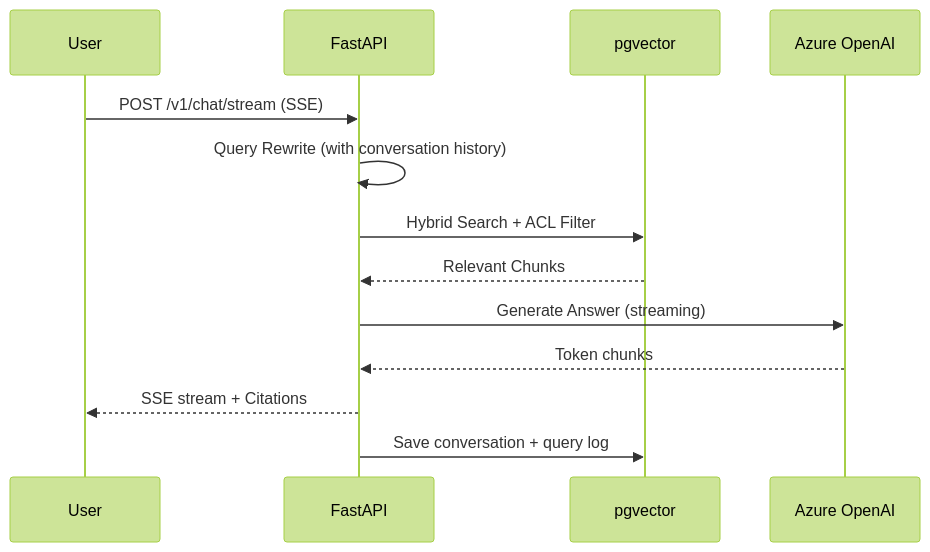
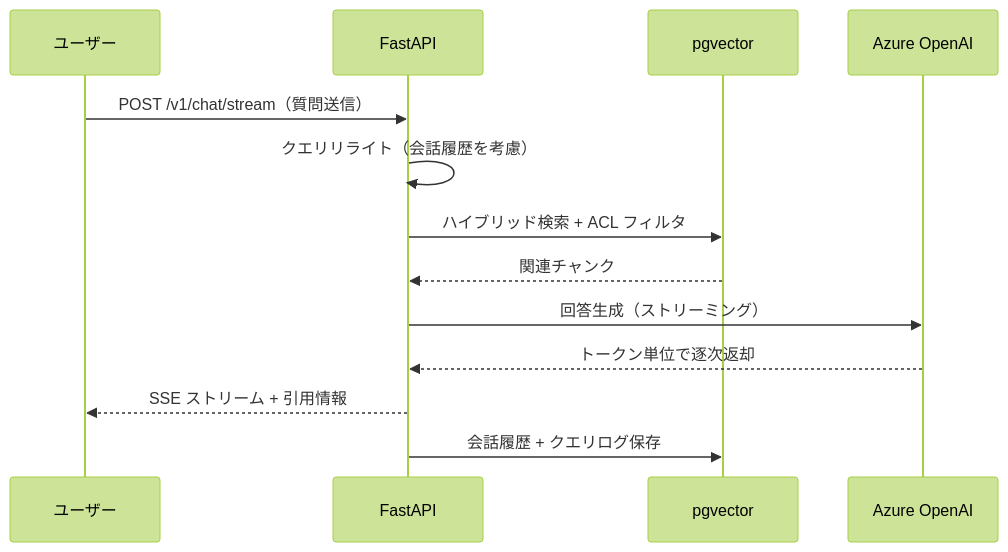
One commit to delight-ihara/sharepoint-rag-lite changed the second of 2 diagrams in README.md. Above: the diagram before and after it, drawn with Mermaid (forest theme). The commit also changed other lines of this file, not shown here.

````diff
--- a/README.md
+++ b/README.md
@@ -50,16 +94,16 @@
 ```mermaid
 sequenceDiagram
-    participant U as User
+    participant U as ユーザー
     participant A as FastAPI
     participant DB as pgvector
     participant LLM as Azure OpenAI
 
-    U->>A: POST /v1/chat/stream (SSE)
-    A->>A: Query Rewrite (with conversation history)
-    A->>DB: Hybrid Search + ACL Filter
-    DB-->>A: Relevant Chunks
-    A->>LLM: Generate Answer (streaming)
-    LLM-->>A: Token chunks
-    A-->>U: SSE stream + Citations
-    A->>DB: Save conversation + query log
+    U->>A: POST /v1/chat/stream（質問送信）
+    A->>A: クエリリライト（会話履歴を考慮）
+    A->>DB: ハイブリッド検索 + ACL フィルタ
+    DB-->>A: 関連チャンク
+    A->>LLM: 回答生成（ストリーミング）
+    LLM-->>A: トークン単位で逐次返却
+    A-->>U: SSE ストリーム + 引用情報
+    A->>DB: 会話履歴 + クエリログ保存
 ```
````
